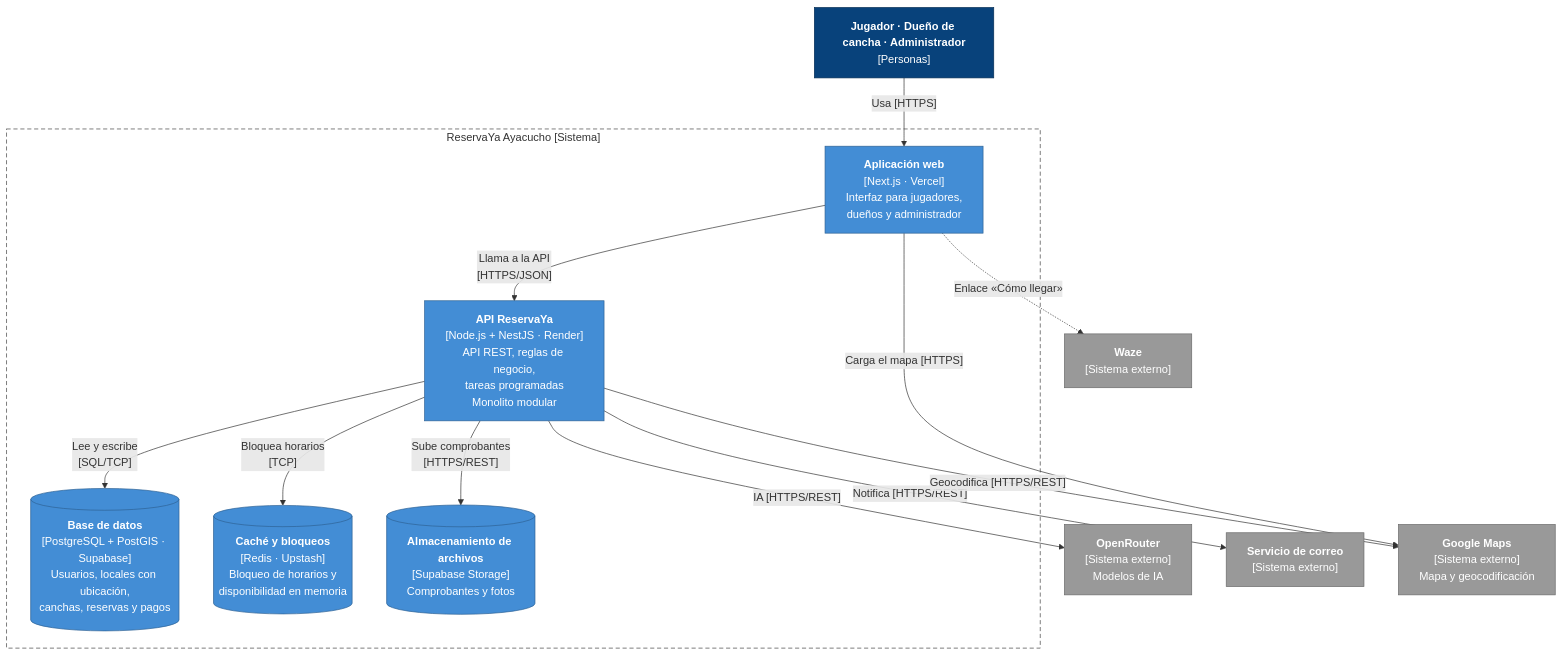
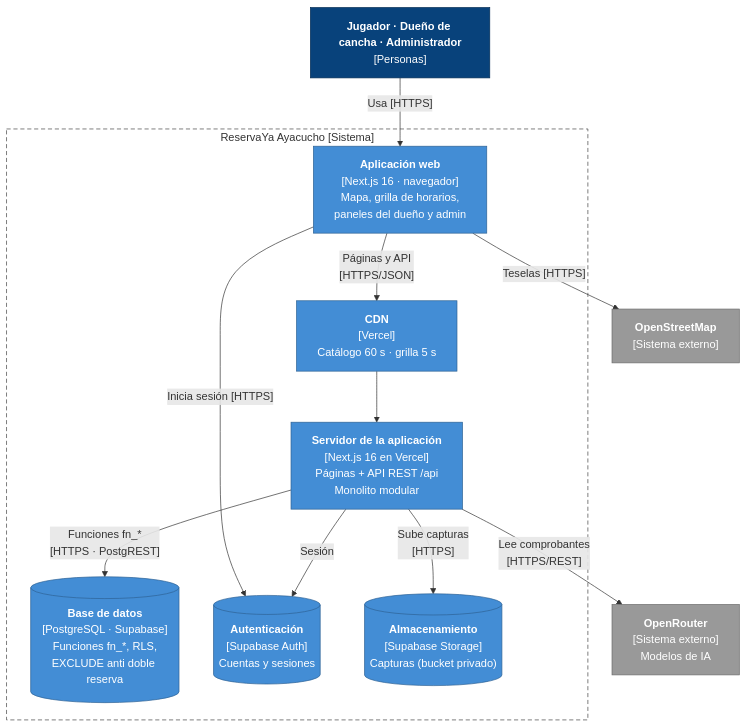
One commit to edhtsprado27-bit/ReservaYa-Ayacucho changed the diagram in img/fuentes-svg/nivel2-contenedores.mmd. Above: the diagram before and after it, drawn with Mermaid. The commit also changed 13 other files, not shown here.

```diff
--- a/img/fuentes-svg/nivel2-contenedores.mmd
+++ b/img/fuentes-svg/nivel2-contenedores.mmd
@@ -1,34 +1,32 @@
 flowchart TB
     usuarios["<b>Jugador · Dueño de cancha · Administrador</b><br/>[Personas]"]
 
     subgraph limite["ReservaYa Ayacucho [Sistema]"]
-        web["<b>Aplicación web</b><br/>[Next.js · Vercel]<br/>Interfaz para jugadores,<br/>dueños y administrador"]
-        api["<b>API ReservaYa</b><br/>[Node.js + NestJS · Render]<br/>API REST, reglas de negocio,<br/>tareas programadas<br/>Monolito modular"]
-        bd[("<b>Base de datos</b><br/>[PostgreSQL + PostGIS · Supabase]<br/>Usuarios, locales con ubicación,<br/>canchas, reservas y pagos")]
-        cache[("<b>Caché y bloqueos</b><br/>[Redis · Upstash]<br/>Bloqueo de horarios y<br/>disponibilidad en memoria")]
-        storage[("<b>Almacenamiento de archivos</b><br/>[Supabase Storage]<br/>Comprobantes y fotos")]
+        web["<b>Aplicación web</b><br/>[Next.js 16 · navegador]<br/>Mapa, grilla de horarios,<br/>paneles del dueño y admin"]
+        srv["<b>Servidor de la aplicación</b><br/>[Next.js 16 en Vercel]<br/>Páginas + API REST /api<br/>Monolito modular"]
+        cdn["<b>CDN</b><br/>[Vercel]<br/>Catálogo 60 s · grilla 5 s"]
+        bd[("<b>Base de datos</b><br/>[PostgreSQL · Supabase]<br/>Funciones fn_*, RLS,<br/>EXCLUDE anti doble reserva")]
+        auth[("<b>Autenticación</b><br/>[Supabase Auth]<br/>Cuentas y sesiones")]
+        storage[("<b>Almacenamiento</b><br/>[Supabase Storage]<br/>Capturas (bucket privado)")]
     end
 
     openrouter["<b>OpenRouter</b><br/>[Sistema externo]<br/>Modelos de IA"]
-    correo["<b>Servicio de correo</b><br/>[Sistema externo]"]
-    maps["<b>Google Maps</b><br/>[Sistema externo]<br/>Mapa y geocodificación"]
-    waze["<b>Waze</b><br/>[Sistema externo]"]
+    osm["<b>OpenStreetMap</b><br/>[Sistema externo]"]
 
     usuarios -- "Usa [HTTPS]" --> web
-    web -- "Llama a la API<br/>[HTTPS/JSON]" --> api
-    api -- "Lee y escribe<br/>[SQL/TCP]" --> bd
-    api -- "Bloquea horarios<br/>[TCP]" --> cache
-    api -- "Sube comprobantes<br/>[HTTPS/REST]" --> storage
-    api -- "IA [HTTPS/REST]" --> openrouter
-    api -- "Notifica [HTTPS/REST]" --> correo
-    api -- "Geocodifica [HTTPS/REST]" --> maps
-    web -- "Carga el mapa [HTTPS]" --> maps
-    web -. "Enlace «Cómo llegar»" .-> waze
+    web -- "Páginas y API<br/>[HTTPS/JSON]" --> cdn
+    cdn --> srv
+    web -- "Inicia sesión [HTTPS]" --> auth
+    web -- "Teselas [HTTPS]" --> osm
+    srv -- "Funciones fn_*<br/>[HTTPS · PostgREST]" --> bd
+    srv -- "Sesión" --> auth
+    srv -- "Sube capturas<br/>[HTTPS]" --> storage
+    srv -- "Lee comprobantes<br/>[HTTPS/REST]" --> openrouter
 
     classDef persona fill:#08427b,stroke:#052e56,color:#fff
     classDef contenedor fill:#438dd5,stroke:#2e6295,color:#fff
     classDef externo fill:#999999,stroke:#6b6b6b,color:#fff
     class usuarios persona
-    class web,api,bd,cache,storage contenedor
-    class openrouter,correo,maps,waze externo
+    class web,srv,cdn,bd,auth,storage contenedor
+    class openrouter,osm externo
     style limite fill:none,stroke:#444,stroke-dasharray:6 4
```
